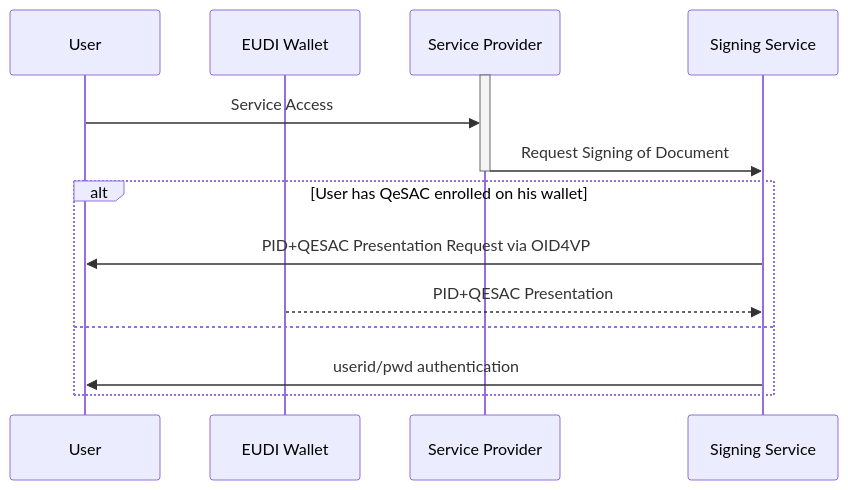
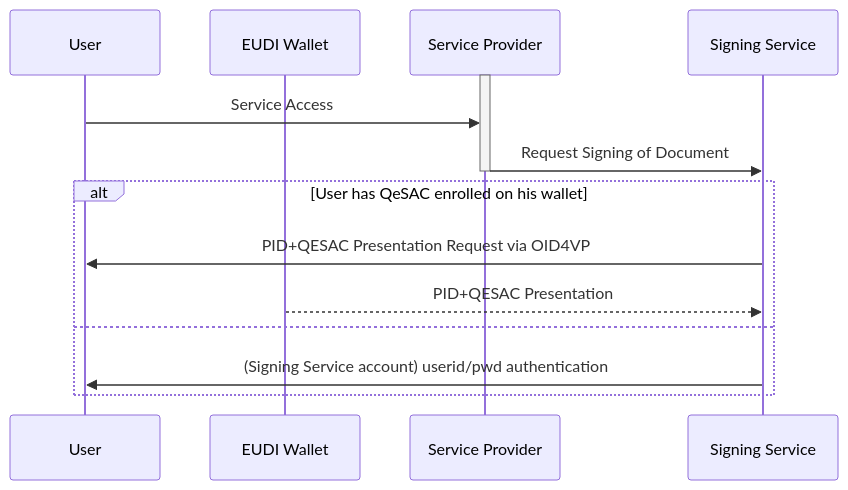
The third of 7 diagrams in ewc-rfc010-long-term-certifice-qes-creation.md (EWC-consortium/eudi-wallet-rfcs), drawn with Mermaid before and after one commit. The commit also changed other lines of this file, not shown here.

````diff
--- a/ewc-rfc010-long-term-certifice-qes-creation.md
+++ b/ewc-rfc010-long-term-certifice-qes-creation.md
@@ -249,20 +278,20 @@
 ```mermaid
    sequenceDiagram
   participant User
   participant EUDI Wallet
   participant Service Provider
   participant Signing Service
 
     activate Service Provider
     User->>Service Provider: Service Access
     Service Provider->>Signing Service: Request Signing of Document
     deactivate Service Provider
     
     alt User has QeSAC enrolled on his wallet
       Signing Service->>User: PID+QESAC Presentation Request via OID4VP
       EUDI Wallet-->>Signing Service: PID+QESAC Presentation
     else  
-      Signing Service->>User: userid/pwd authentication
+      Signing Service->>User: (Signing Service account) userid/pwd authentication
     end
 
 ```
````
